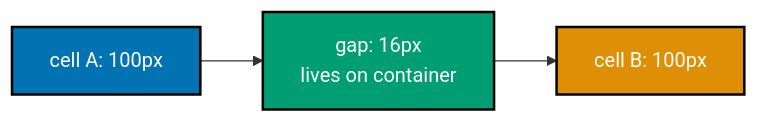
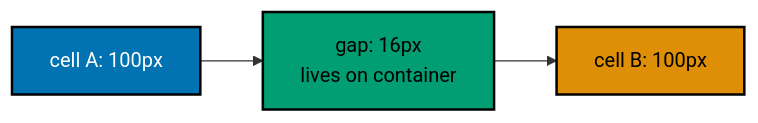
Before and after one commit to wahidyankf/ose-public: the fourth of 14 diagrams in apps/ayokoding-www/content/en/learn/courses/frontend-essentials/learning/intermediate.md, drawn with Mermaid. The commit also changed other lines of this file and 144 other files, not shown here.

First line of the commit message:
fix(mermaid): bring the first half of the courses diagrams onto the accessible palette

````diff
--- a/apps/ayokoding-www/content/en/learn/courses/frontend-essentials/learning/intermediate.md
+++ b/apps/ayokoding-www/content/en/learn/courses/frontend-essentials/learning/intermediate.md
@@ -286,9 +295,12 @@
 ```mermaid
 %% Color Palette: Blue #0173B2, Orange #DE8F05, Teal #029E73
 flowchart LR
+    accTitle: Example 32: Grid Gap
+    accDescr: Flowchart with 3 nodes and 2 connections. Nodes: cell A: 100px, gap: 16px lives on container, cell B: 100px. Connections: cell A: 100px to gap: 16px lives on container, gap: 16px lives on container to cell B: 100px.
     A["cell A: 100px"]:::blue --> B["gap: 16px<br/>lives on container"]:::teal --> C["cell B: 100px"]:::orange
 
     classDef blue fill:#0173B2,stroke:#000000,color:#FFFFFF,stroke-width:2px
-    classDef teal fill:#029E73,stroke:#000000,color:#FFFFFF,stroke-width:2px
-    classDef orange fill:#DE8F05,stroke:#000000,color:#FFFFFF,stroke-width:2px
+    classDef teal fill:#029E73,stroke:#000000,color:#000000,stroke-width:2px
+    classDef orange fill:#DE8F05,stroke:#000000,color:#000000,stroke-width:2px
+    classDef default fill:#FFFFFF,stroke:#000000,color:#000000
 ```
````
